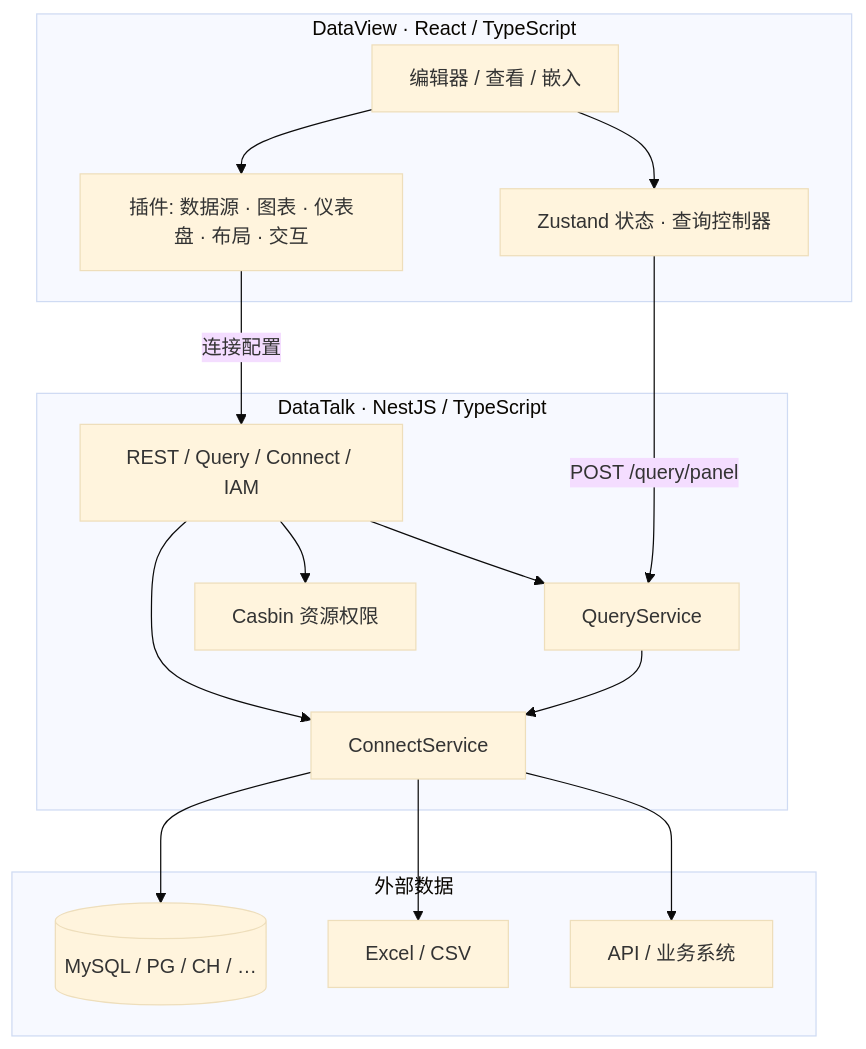
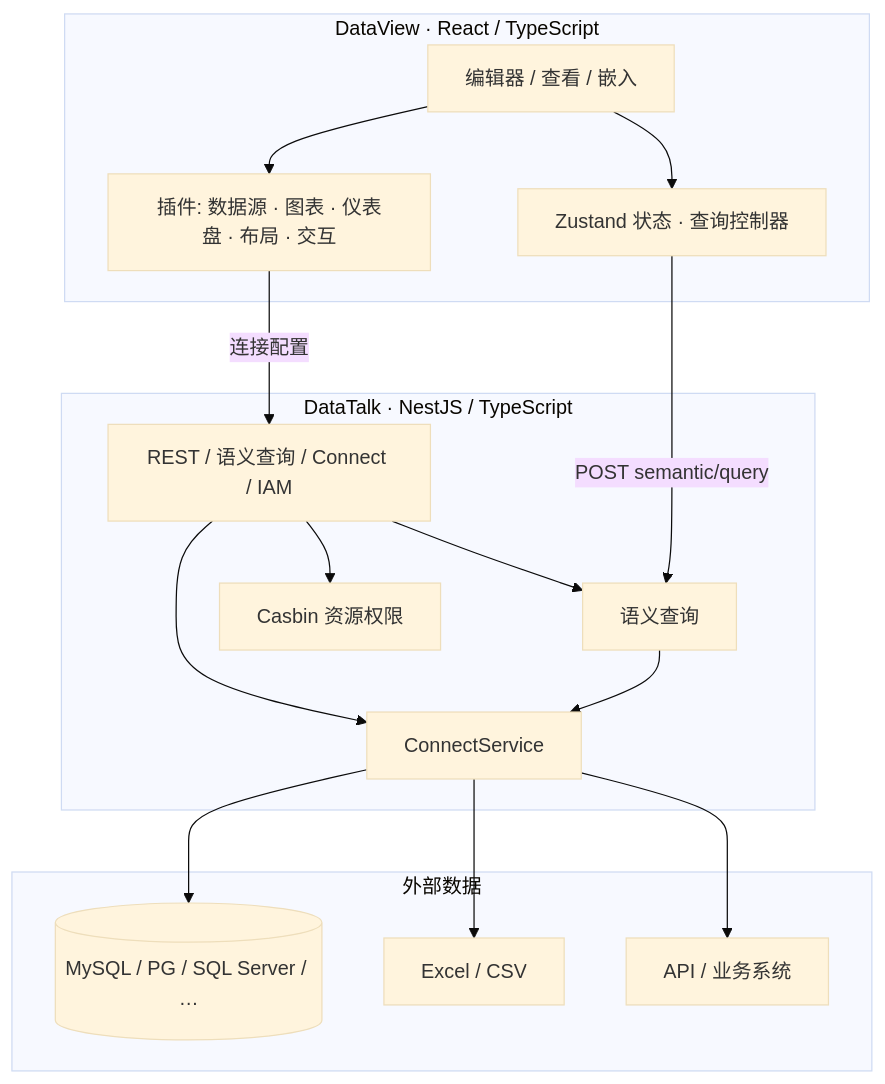
Before and after one commit to DataLuminary/docs: the first of 2 diagrams in docs/develop/architecture.md, drawn with Mermaid (base theme). The commit also changed other lines of this file and 28 other files, not shown here.

````diff
--- a/docs/develop/architecture.md
+++ b/docs/develop/architecture.md
@@ -16,33 +16,33 @@
 ```mermaid
 flowchart TB
   subgraph Client["DataView · React / TypeScript"]
     UI[编辑器 / 查看 / 嵌入]
     PL[插件: 数据源 · 图表 · 仪表盘 · 布局 · 交互]
     ST[Zustand 状态 · 查询控制器]
     UI --> PL
     UI --> ST
   end
 
   subgraph Server["DataTalk · NestJS / TypeScript"]
-    API[REST / Query / Connect / IAM]
-    QS[QueryService]
+    API[REST / 语义查询 / Connect / IAM]
+    QS[语义查询]
     CS[ConnectService]
     ACL[Casbin 资源权限]
     API --> QS
     API --> CS
     API --> ACL
     QS --> CS
   end
 
   subgraph Data["外部数据"]
-    DB[(MySQL / PG / CH / …)]
+    DB[(MySQL / PG / SQL Server / …)]
     FILE[Excel / CSV]
     EXT[API / 业务系统]
   end
 
-  ST -->|POST /query/panel| QS
+  ST -->|POST semantic/query| QS
   PL -->|连接配置| API
   CS --> DB
   CS --> FILE
   CS --> EXT
 ```
````
